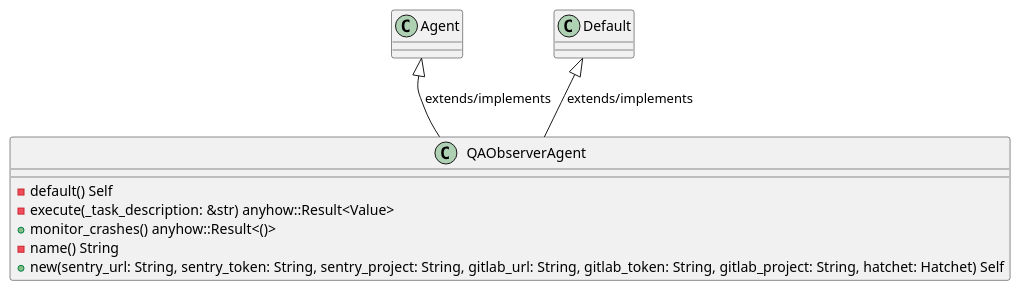
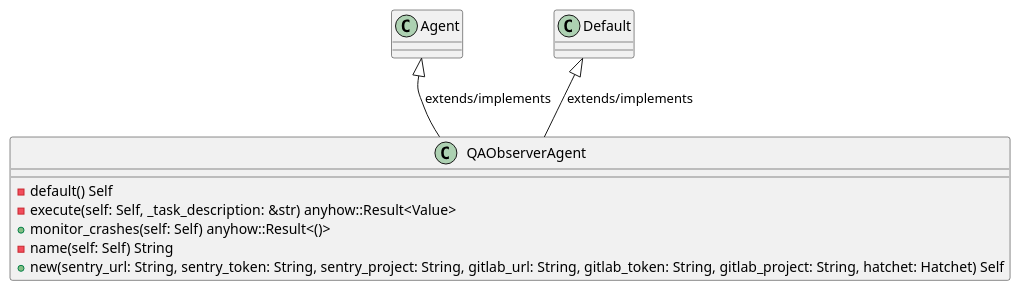
Before and after one commit to lgcorzo/rust_CACD_autonomous_factory: the first of 6 diagrams in openwiki/crates_factory_application_src_agents_qa_observer.md, drawn with PlantUML. The commit also changed other lines of this file and 95 other files, not shown here.

````diff
--- a/openwiki/crates_factory_application_src_agents_qa_observer.md
+++ b/openwiki/crates_factory_application_src_agents_qa_observer.md
@@ -112,14 +112,14 @@
 ```plantuml
 @startuml
 class QAObserverAgent {
     -default() Self
-    -execute(_task_description: &str) anyhow::Result<Value>
-    +monitor_crashes() anyhow::Result<()>
-    -name() String
+    -execute(self: Self, _task_description: &str) anyhow::Result<Value>
+    +monitor_crashes(self: Self) anyhow::Result<()>
+    -name(self: Self) String
     +new(sentry_url: String, sentry_token: String, sentry_project: String, gitlab_url: String, gitlab_token: String, gitlab_project: String, hatchet: Hatchet) Self
 }
 Agent <|-- QAObserverAgent : extends/implements
 Default <|-- QAObserverAgent : extends/implements
 @enduml
 
 ```
````
